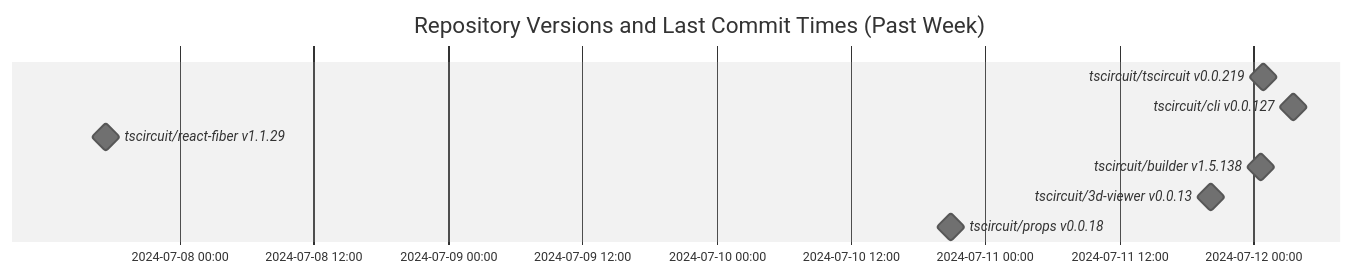
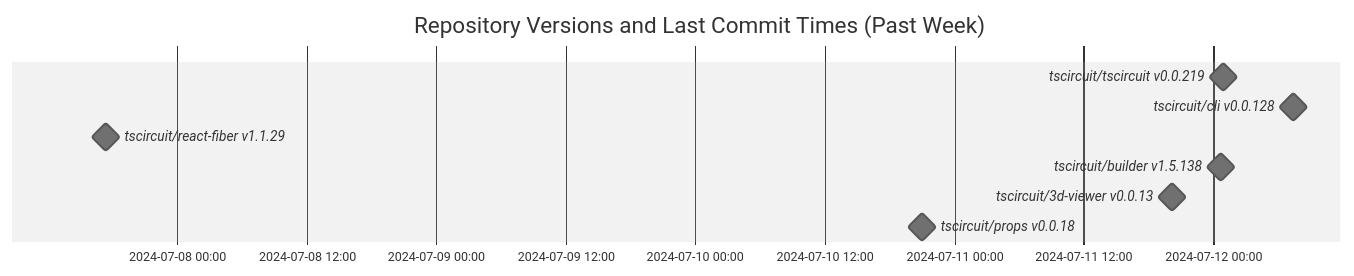
One commit to tscircuit/version-tracker changed the diagram in README.md. Above: the diagram before and after it, drawn with Mermaid (neutral theme).

Commit message:
Update chart

````diff
--- a/README.md
+++ b/README.md
@@ -1,13 +1,13 @@
 ```mermaid
 gantt
   dateFormat  YYYY-MM-DD HH:mm:ss
   title Repository Versions and Last Commit Times (Past Week)
   axisFormat %Y-%m-%d %H:%M
 
   tscircuit/tscircuit v0.0.219 : milestone, 2024-07-12 00:54:13, 1s
-  tscircuit/cli v0.0.127 : milestone, 2024-07-12 03:35:07, 1s
+  tscircuit/cli v0.0.128 : milestone, 2024-07-12 07:25:42, 1s
   tscircuit/react-fiber v1.1.29 : milestone, 2024-07-07 17:23:26, 1s
   tscircuit/builder v1.5.138 : milestone, 2024-07-12 00:40:23, 1s
   tscircuit/3d-viewer v0.0.13 : milestone, 2024-07-11 20:12:35, 1s
   tscircuit/props v0.0.18 : milestone, 2024-07-10 20:59:29, 1s
 ```
````
